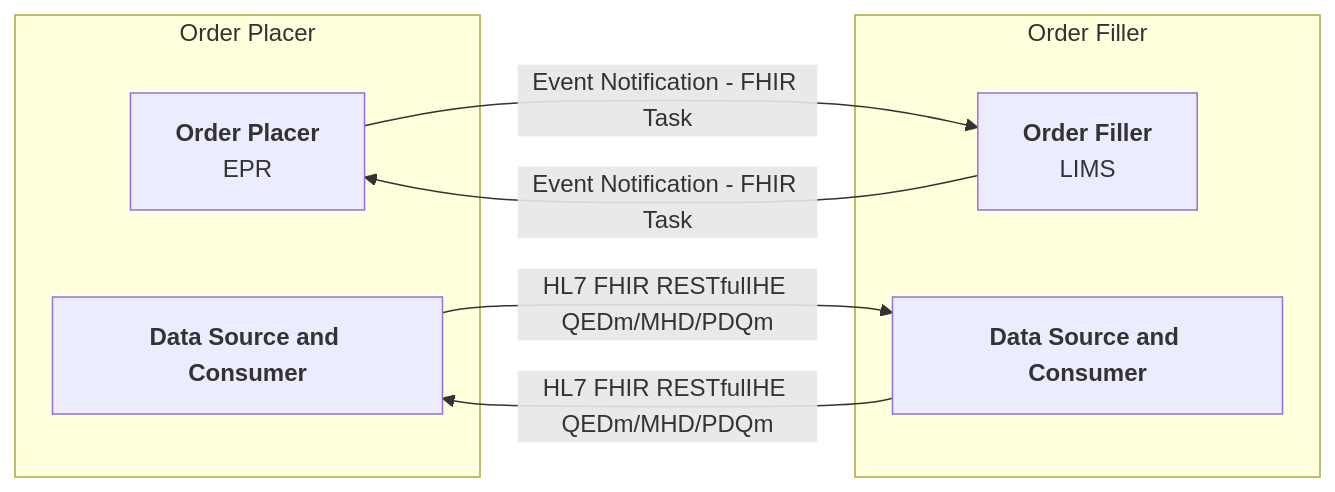
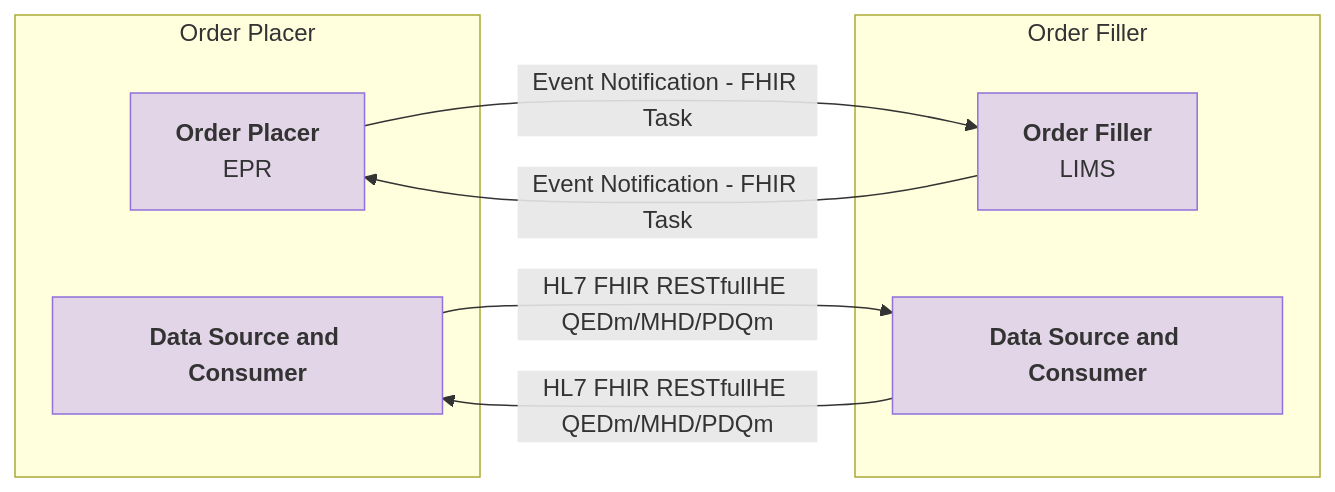
One commit to uk-gov-mirror/nw-gmsa.nw-gmsa.github.com changed the ninth of 10 diagrams in input/pagecontent/index.md. Above: the diagram before and after it, drawn with Mermaid. The commit also changed other lines of this file and 1 other file, not shown here.

Commit message:
Added FHIR Workflow

````diff
--- a/input/pagecontent/index.md
+++ b/input/pagecontent/index.md
@@ -283,19 +285,22 @@
 ```mermaid
 graph LR
     subgraph OrderPlacerM[Order Placer]
         OrderPlacer[<b>Order Placer</b><br/>EPR]
 
         DataO["<b>Data Source and Consumer</b>"]
     end 
     subgraph OrderFillerM[Order Filler]
         OrderFiller[<b>Order Filler</b><br/>LIMS] 
         DataF["<b>Data Source and Consumer</b>"]
        
     end 
 
     OrderPlacer--> |Event Notification - FHIR Task| OrderFiller
     OrderFiller --> |Event Notification - FHIR Task| OrderPlacer  
 
     DataO --> |HL7 FHIR RESTful<r/>IHE QEDm/MHD/PDQm| DataF
-     DataF --> |HL7 FHIR RESTful<r/>IHE QEDm/MHD/PDQm| DataO
+    DataF --> |HL7 FHIR RESTful<r/>IHE QEDm/MHD/PDQm| DataO
+    
+    classDef purple fill:#E1D5E7;
+    class OrderPlacer,OrderFiller,DataO,DataF purple
 ```
````
